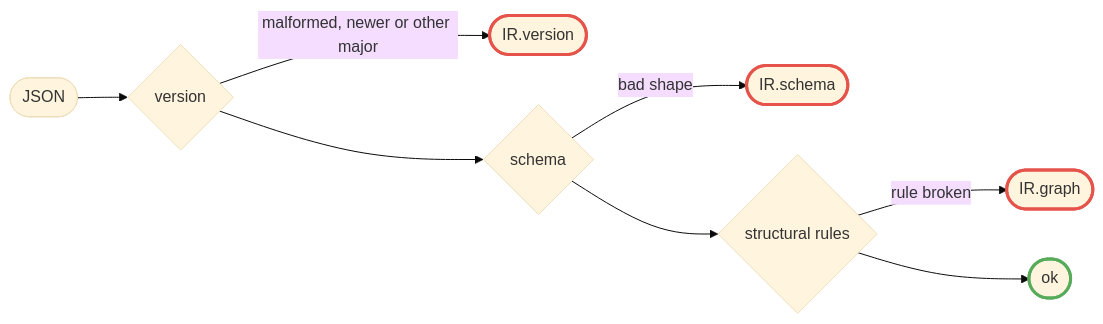
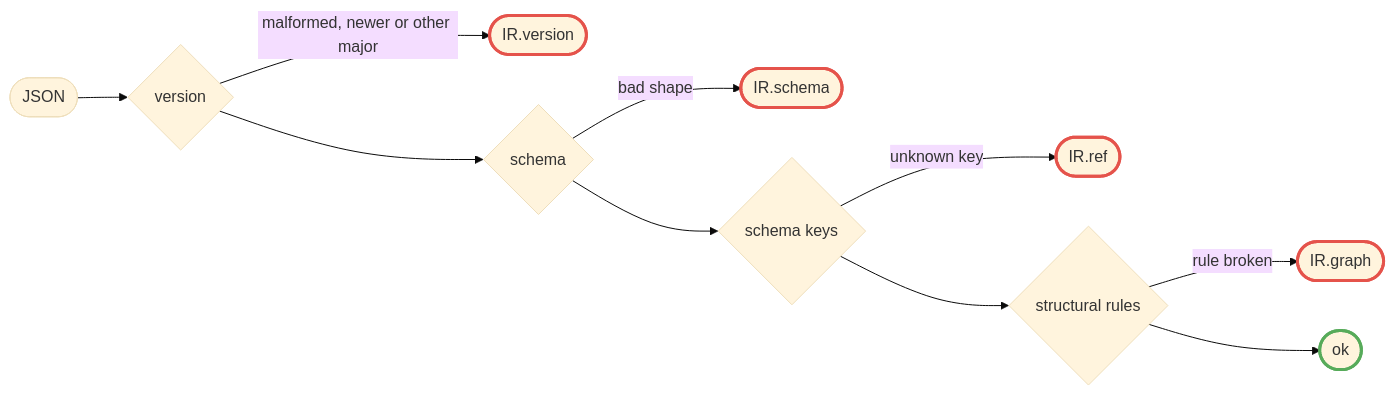
Before and after one commit to dvalnn/maestro: the diagram in packages/ir/README.md, drawn with Mermaid (base theme). The commit also changed other lines of this file and 17 other files, not shown here.

First line of the commit message:
feat(ir): name each port schema once in a schemas table

````diff
--- a/packages/ir/README.md
+++ b/packages/ir/README.md
@@ -30,14 +32,16 @@
 ```mermaid
 flowchart LR
   in(["JSON"]) --> v{"version"}
   v -- "malformed, newer or other major" --> ev(["IR.version"])
   v --> s{"schema"}
   s -- "bad shape" --> es(["IR.schema"])
-  s --> g{"structural rules"}
+  s --> k{"schema keys"}
+  k -- "unknown key" --> ek(["IR.ref"])
+  k --> g{"structural rules"}
   g -- "rule broken" --> eg(["IR.graph"])
   g --> ok(["ok"])
   classDef fault stroke:#e5534b,stroke-width:3px
   classDef done stroke:#57ab5a,stroke-width:3px
-  class ev,es,eg fault
+  class ev,es,ek,eg fault
   class ok done
 ```
````
